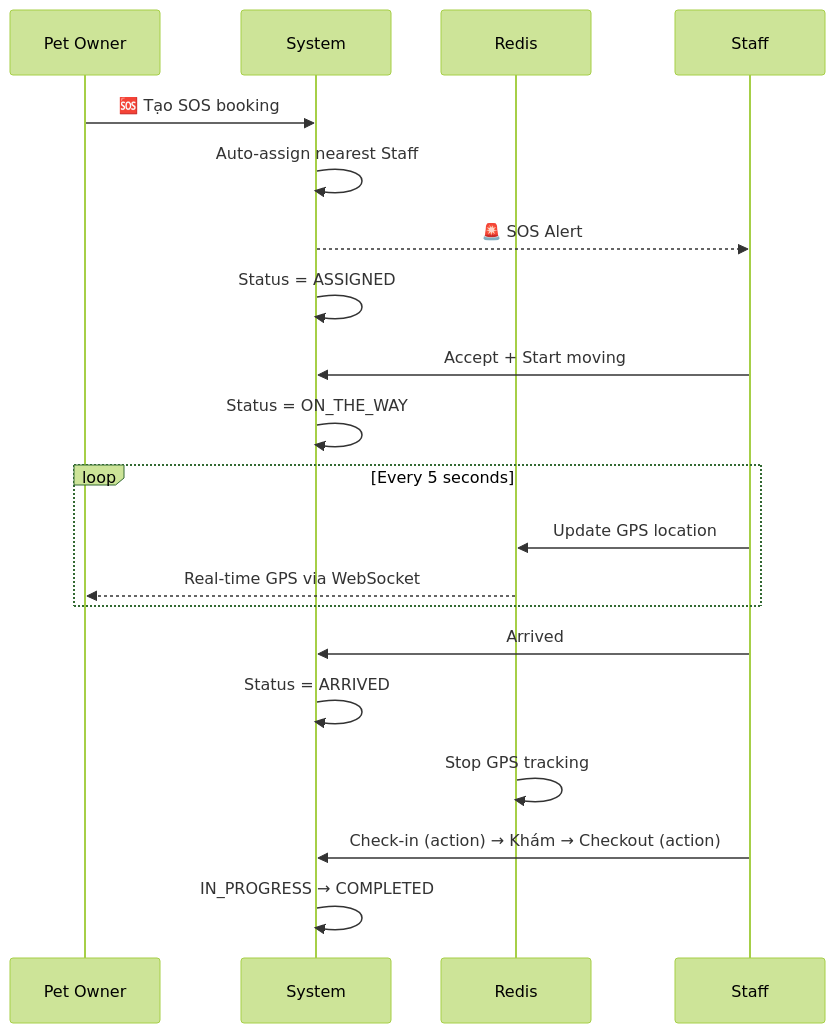
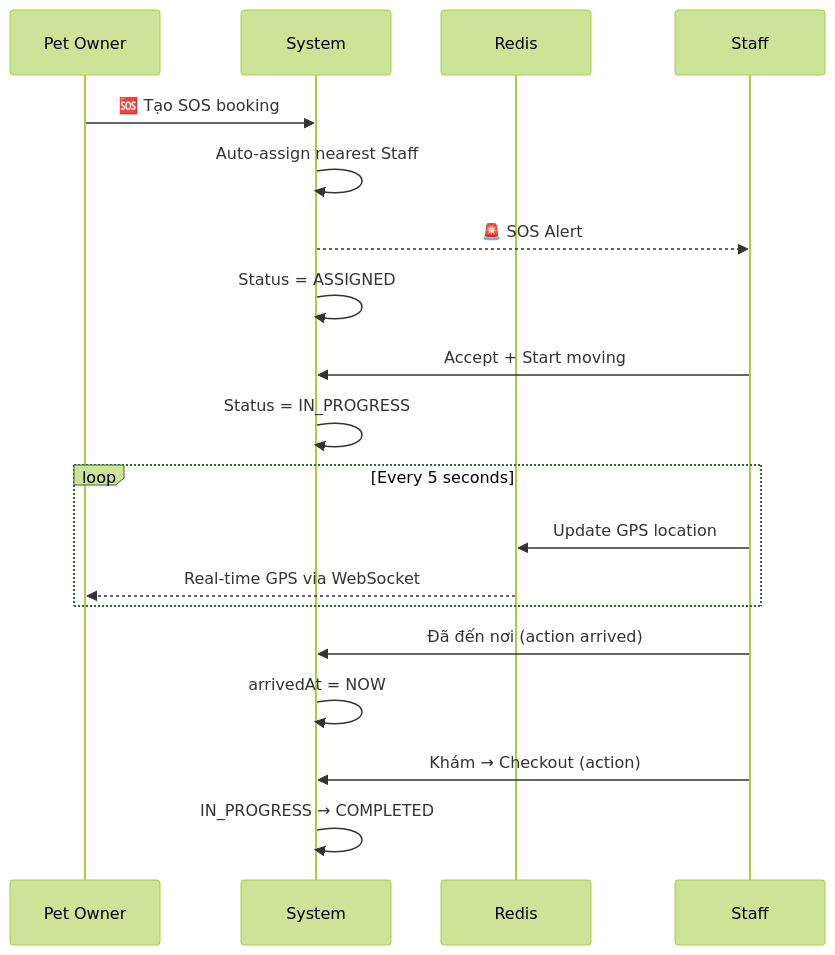
One commit to espresso23/Petties-Veterinary-Appointment-Booking-Platform changed the fourth of 5 diagrams in docs-references/documentation/BOOKING_WORKFLOW.md. Above: the diagram before and after it, drawn with Mermaid (forest theme). The commit also changed other lines of this file and 227 other files, not shown here.

````diff
--- a/docs-references/documentation/BOOKING_WORKFLOW.md
+++ b/docs-references/documentation/BOOKING_WORKFLOW.md
@@ -158,27 +149,26 @@
 ```mermaid
 sequenceDiagram
     participant PO as Pet Owner
     participant S as System
     participant R as Redis
     participant V as Staff
 
     PO->>S: 🆘 Tạo SOS booking
     S->>S: Auto-assign nearest Staff
     S-->>V: 🚨 SOS Alert
     S->>S: Status = ASSIGNED
 
     V->>S: Accept + Start moving
-    S->>S: Status = ON_THE_WAY
+    S->>S: Status = IN_PROGRESS
 
     loop Every 5 seconds
         V->>R: Update GPS location
         R-->>PO: Real-time GPS via WebSocket
     end
 
-    V->>S: Arrived
-    S->>S: Status = ARRIVED
-    R->>R: Stop GPS tracking
+    V->>S: Đã đến nơi (action arrived)
+    S->>S: arrivedAt = NOW
 
-    V->>S: Check-in (action) → Khám → Checkout (action)
+    V->>S: Khám → Checkout (action)
     S->>S: IN_PROGRESS → COMPLETED
 ```
````
